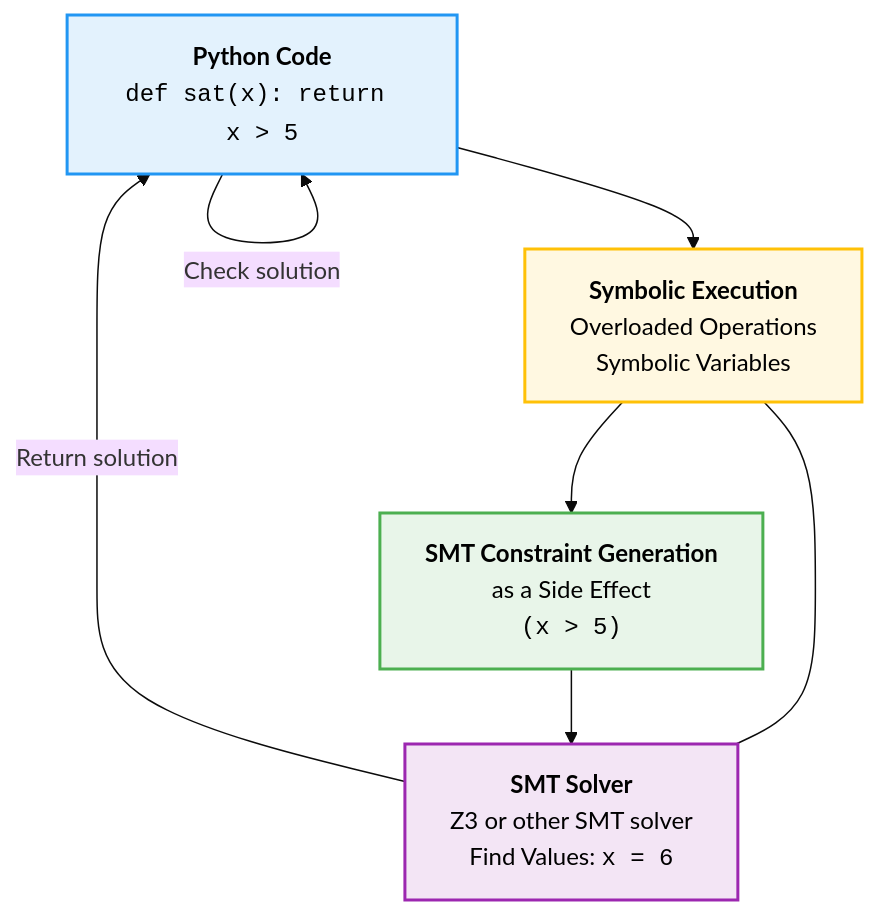
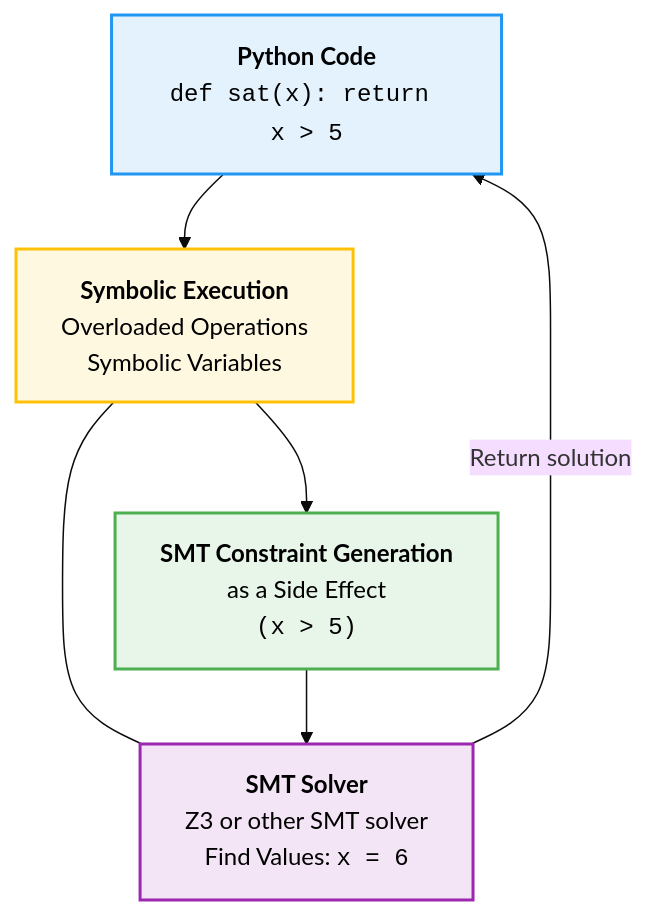
One commit to namin/holey changed the diagram in diagram_staging_SMT.md. Above: the diagram before and after it, drawn with Mermaid (base theme).

Commit message:
revert
Removed redundant check solution arrow in flowchart.

````diff
--- a/diagram_staging_SMT.md
+++ b/diagram_staging_SMT.md
@@ -3,23 +3,21 @@
 ```mermaid
 flowchart TB
-    PythonCode --> |Check solution| PythonCode
-
     PythonCode["<b>Python Code</b><br><tt>def sat(x): return x > 5</tt>"] --> SymbolicExecution
     
     SymbolicExecution["<b>Symbolic Execution</b><br>Overloaded Operations<br>Symbolic Variables"] --> SMTGeneration
     SymbolicExecution --- SMTSolver
     
     SMTGeneration["<b>SMT Constraint Generation</b><br>as a Side Effect<br><tt>(x > 5)</tt>"] --> SMTSolver
     
     SMTSolver["<b>SMT Solver</b><br>Z3 or other SMT solver<br>Find Values: <tt>x = 6</tt>"] --> |Return solution| PythonCode
 
     classDef python fill:#e3f2fd,stroke:#2196f3,stroke-width:2px,color:black;
     classDef execution fill:#fff8e1,stroke:#ffc107,stroke-width:2px,color:black;
     classDef generation fill:#e8f5e9,stroke:#4caf50,stroke-width:2px,color:black;
     classDef solver fill:#f3e5f5,stroke:#9c27b0,stroke-width:2px,color:black;
     
     class PythonCode python;
     class SymbolicExecution execution;
     class SMTGeneration generation;
     class SMTSolver solver;
 ```
````
